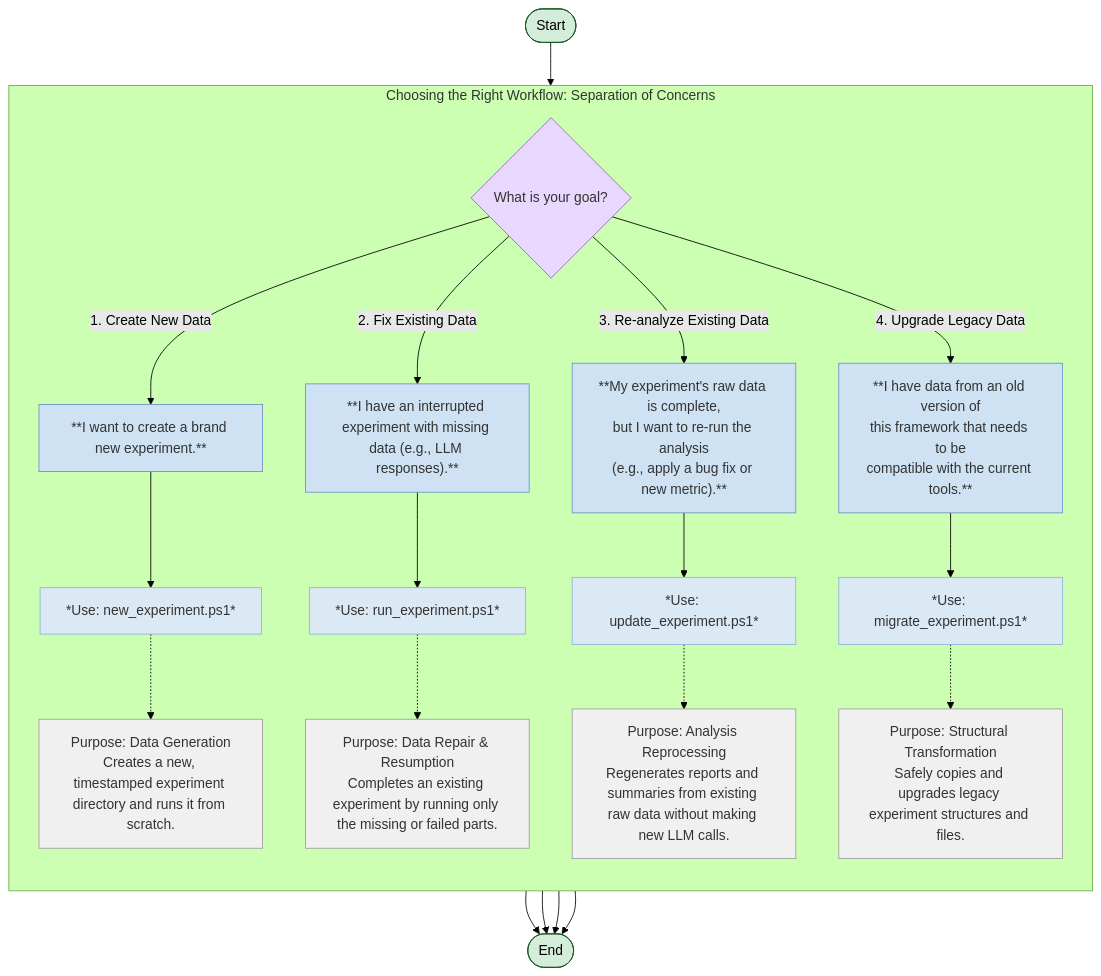
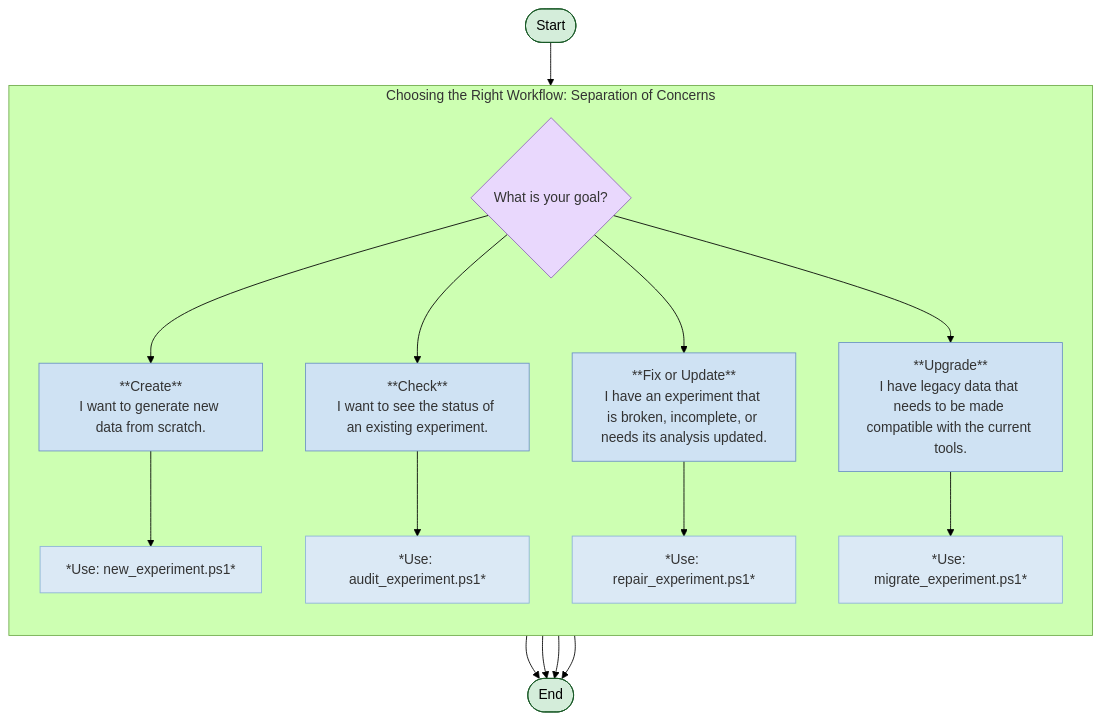
One commit to peterjmarko/llm-narrative-framework changed the diagram in docs/diagrams/logic_workflow_chooser.mmd. Above: the diagram before and after it, drawn with Mermaid (forest theme). The commit also changed 15 other files, not shown here.

```diff
--- a/docs/diagrams/logic_workflow_chooser.mmd
+++ b/docs/diagrams/logic_workflow_chooser.mmd
@@ -1,64 +1,52 @@
 graph TD
-
     %% --- Style Definitions ---
     classDef start_end_node fill:#d4edda,stroke:#155724;
     classDef decision_node fill:#e9d8fd,stroke:#9467bd,color:#333;
     classDef case_node fill:#cfe2f3,stroke:#6c93c4,color:#333;
     classDef instruction_node fill:#dbe9f5,stroke:#8cb3d9,color:#333;
     classDef purpose_node fill:#f0f0f0,stroke:#9e9e9e,color:#333;
 
     %% === Nodes for Decision Tree Workflow ===
     start_node(["Start"]):::start_end_node;
 
     subgraph "Choosing the Right Workflow: Separation of Concerns"
         direction TB
 
         main_decision{"What is your goal?"}:::decision_node
 
-        %% Branch 1: New Experiment
-        case_1["**I want to create a brand new experiment.**"]:::case_node
+        %% Branch 1: Create
+        case_1["**Create**<br/>I want to generate new data from scratch."]:::case_node
         instruction_1["*Use: new_experiment.ps1*"]:::instruction_node
-        purpose_1["Purpose: Data Generation\nCreates a new, timestamped experiment directory and runs it from scratch."]:::purpose_node
         
-        %% Branch 2: Incomplete/Interrupted Data
-        case_2["**I have an interrupted experiment with missing data (e.g., LLM responses).**"]:::case_node
-        instruction_2["*Use: run_experiment.ps1*"]:::instruction_node
-        purpose_2["Purpose: Data Repair & Resumption\nCompletes an existing experiment by running only the missing or failed parts."]:::purpose_node
+        %% Branch 2: Check
+        case_2["**Check**<br/>I want to see the status of an existing experiment."]:::case_node
+        instruction_2["*Use: audit_experiment.ps1*"]:::instruction_node
 
-        %% Branch 3: Update/Reprocess
-        case_3["**My experiment's raw data is complete,\nbut I want to re-run the analysis\n(e.g., apply a bug fix or new metric).**"]:::case_node
-        instruction_3["*Use: update_experiment.ps1*"]:::instruction_node
-        purpose_3["Purpose: Analysis Reprocessing\nRegenerates reports and summaries from existing raw data without making new LLM calls."]:::purpose_node
+        %% Branch 3: Fix / Update
+        case_3["**Fix or Update**<br/>I have an experiment that is broken, incomplete, or needs its analysis updated."]:::case_node
+        instruction_3["*Use: repair_experiment.ps1*"]:::instruction_node
 
-        %% Branch 4: Migrate
-        case_4["**I have data from an old version of\nthis framework that needs to be\ncompatible with the current tools.**"]:::case_node
+        %% Branch 4: Upgrade
+        case_4["**Upgrade**<br/>I have legacy data that needs to be made compatible with the current tools."]:::case_node
         instruction_4["*Use: migrate_experiment.ps1*"]:::instruction_node
-        purpose_4["Purpose: Structural Transformation\nSafely copies and upgrades legacy experiment structures and files."]:::purpose_node
     end
 
     end_node(["End"]):::start_end_node;
 
     %% === Connections ===
     start_node --> main_decision;
 
-    main_decision -- "1. Create New Data" --> case_1;
-    main_decision -- "2. Fix Existing Data" --> case_2;
-    main_decision -- "3. Re-analyze Existing Data" --> case_3;
-    main_decision -- "4. Upgrade Legacy Data" --> case_4;
+    main_decision --> case_1;
+    main_decision --> case_2;
+    main_decision --> case_3;
+    main_decision --> case_4;
 
     case_1 --> instruction_1;
-    instruction_1 -.-> purpose_1;
-
     case_2 --> instruction_2;
-    instruction_2 -.-> purpose_2;
-
     case_3 --> instruction_3;
-    instruction_3 -.-> purpose_3;
-
     case_4 --> instruction_4;
-    instruction_4 -.-> purpose_4;
-
-    purpose_1 --> end_node;
-    purpose_2 --> end_node;
-    purpose_3 --> end_node;
-    purpose_4 --> end_node;
+    
+    instruction_1 --> end_node;
+    instruction_2 --> end_node;
+    instruction_3 --> end_node;
+    instruction_4 --> end_node;
```
